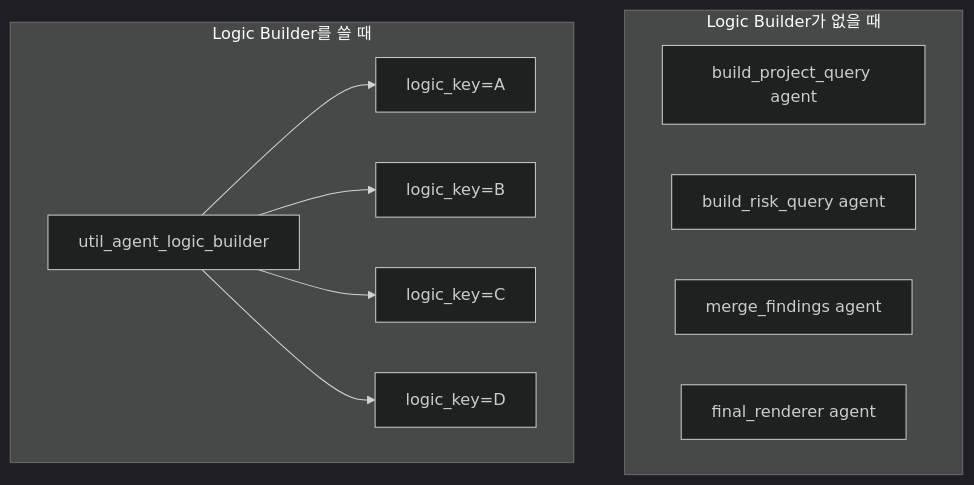
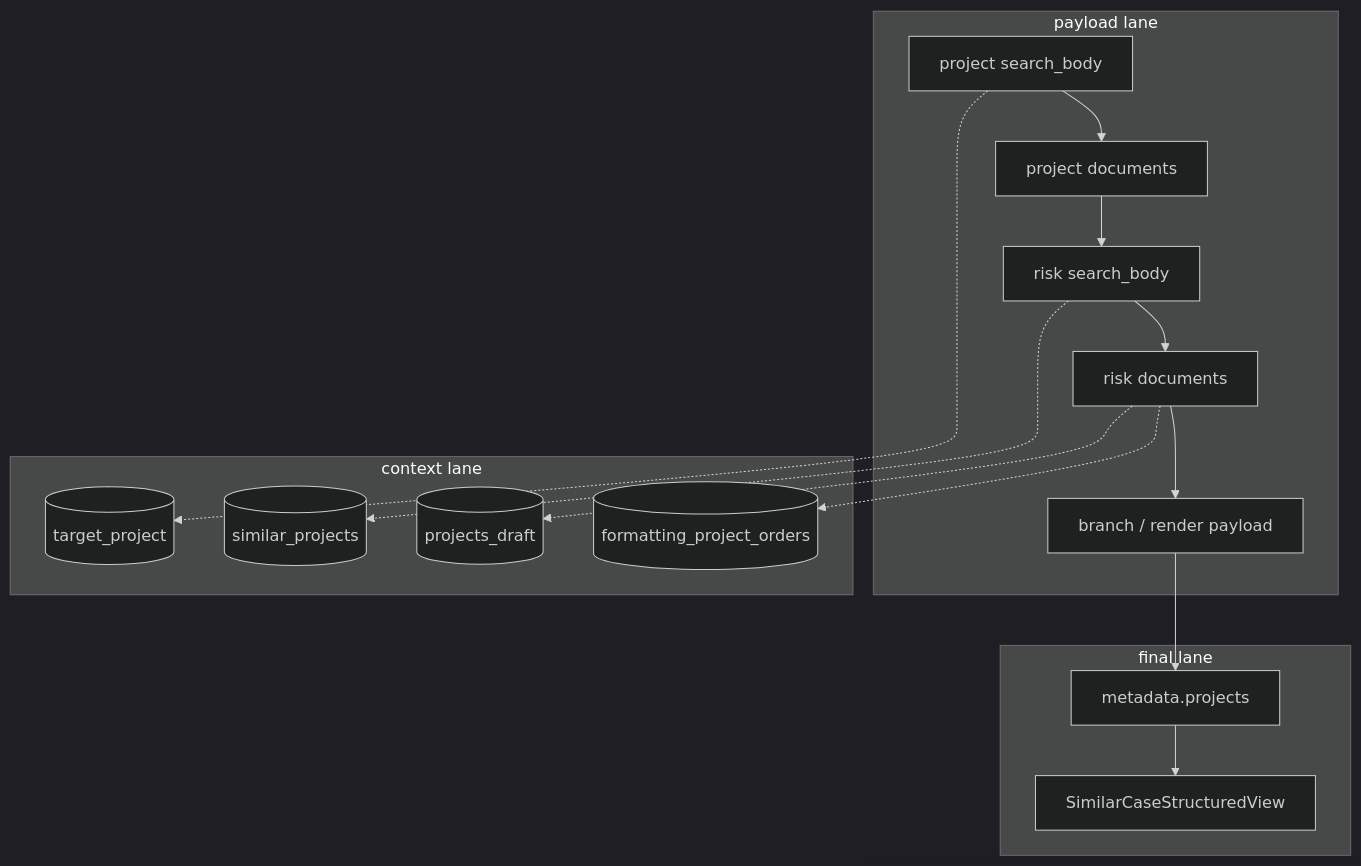
The third of 16 diagrams in README.md (djoo-lgcns/dotfiles), drawn with Mermaid (dark theme) before and after one commit. The commit also changed other lines of this file, not shown here.

````diff
--- a/README.md
+++ b/README.md
@@ -51,21 +144,27 @@
 ```mermaid
 flowchart TB
-  subgraph Without["Logic Builder가 없을 때"]
-    A1["build_project_query agent"]
-    A2["build_risk_query agent"]
-    A3["merge_findings agent"]
-    A4["final_renderer agent"]
+  subgraph Payload["payload lane"]
+    A["project search_body"] --> B["project documents"]
+    B --> C["risk search_body"]
+    C --> D["risk documents"]
+    D --> E["branch / render payload"]
   end
 
-  subgraph With["Logic Builder를 쓸 때"]
-    LB["util_agent_logic_builder"]
-    L1["logic_key=A"]
-    L2["logic_key=B"]
-    L3["logic_key=C"]
-    L4["logic_key=D"]
-    LB --> L1
-    LB --> L2
-    LB --> L3
-    LB --> L4
+  subgraph Context["context lane"]
+    T[("target_project")]
+    SP[("similar_projects")]
+    PD[("projects_draft")]
+    FO[("formatting_project_orders")]
   end
+
+  subgraph Final["final lane"]
+    M["metadata.projects"]
+    UI["SimilarCaseStructuredView"]
+  end
+
+  A -.-> T
+  C -.-> SP
+  D -.-> PD
+  D -.-> FO
+  E --> M --> UI
 ```
````
